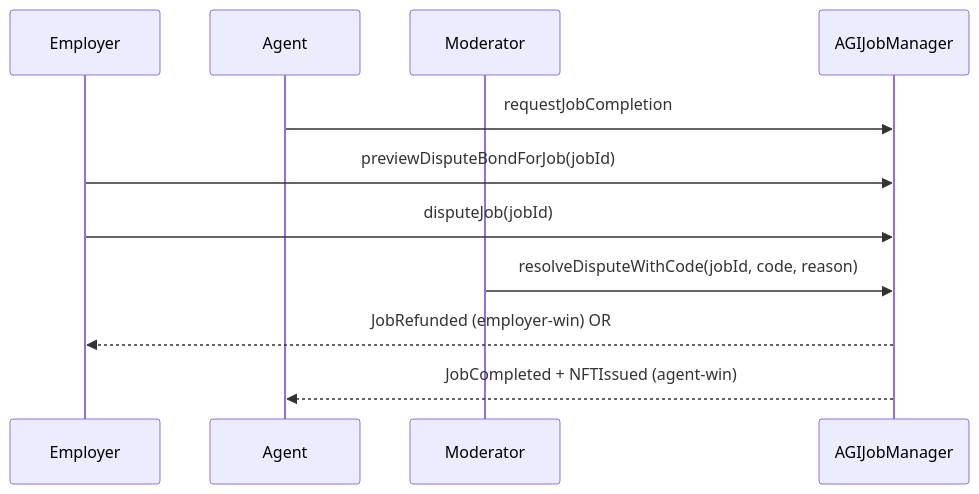
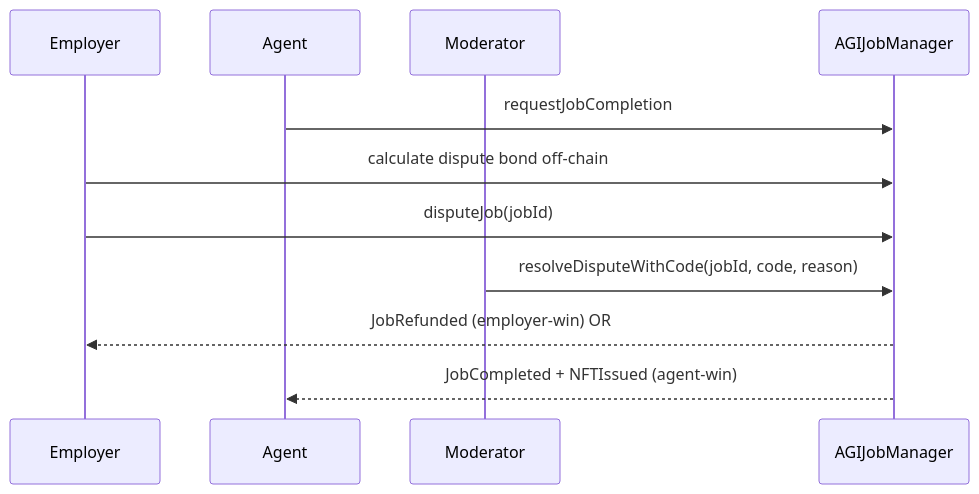
Before and after one commit to MontrealAI/AGIJobManager: the third of 4 diagrams in docs/OPERATIONS/JOB_LIFECYCLE_ETHERSCAN_GUIDE.md, drawn with Mermaid. The commit also changed other lines of this file, not shown here.

````diff
--- a/docs/OPERATIONS/JOB_LIFECYCLE_ETHERSCAN_GUIDE.md
+++ b/docs/OPERATIONS/JOB_LIFECYCLE_ETHERSCAN_GUIDE.md
@@ -51,14 +51,14 @@
 ```mermaid
 sequenceDiagram
     participant Employer
     participant Agent
     participant Moderator
     participant Mgr as AGIJobManager
 
     Agent->>Mgr: requestJobCompletion
-    Employer->>Mgr: previewDisputeBondForJob(jobId)
+    Employer->>Mgr: calculate dispute bond off-chain
     Employer->>Mgr: disputeJob(jobId)
     Moderator->>Mgr: resolveDisputeWithCode(jobId, code, reason)
     Mgr-->>Employer: JobRefunded (employer-win) OR
     Mgr-->>Agent: JobCompleted + NFTIssued (agent-win)
 ```
````
